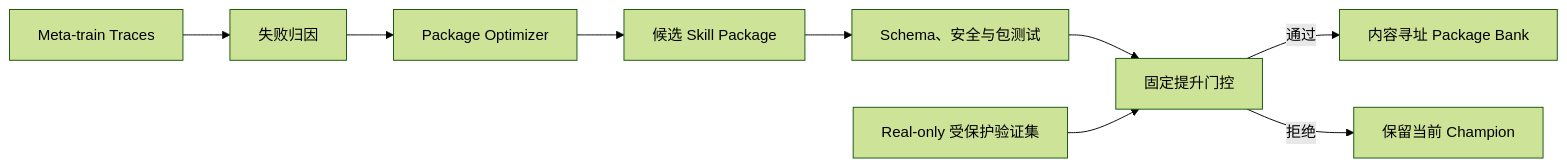
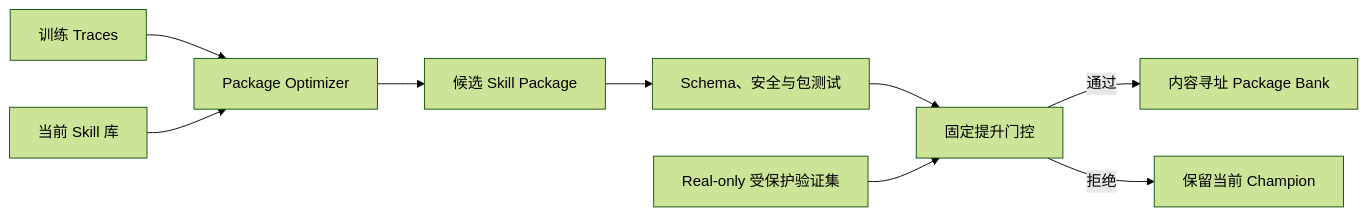
Before and after one commit to FengyuanYin/EvoFactSkill: the second of 2 diagrams in README.zh-CN.md, drawn with Mermaid (forest theme). The commit also changed other lines of this file and 34 other files, not shown here.

````diff
--- a/README.zh-CN.md
+++ b/README.zh-CN.md
@@ -53,11 +53,11 @@
 ```mermaid
 flowchart LR
-    A[Meta-train Traces] --> B[失败归因]
-    B --> C[Package Optimizer]
+    A[训练 Traces] --> C[Package Optimizer]
+    B[当前 Skill 库] --> C
     C --> D[候选 Skill Package]
     D --> E[Schema、安全与包测试]
     E --> F[固定提升门控]
     G[Real-only 受保护验证集] --> F
     F -->|通过| H[内容寻址 Package Bank]
     F -->|拒绝| I[保留当前 Champion]
 ```
````
